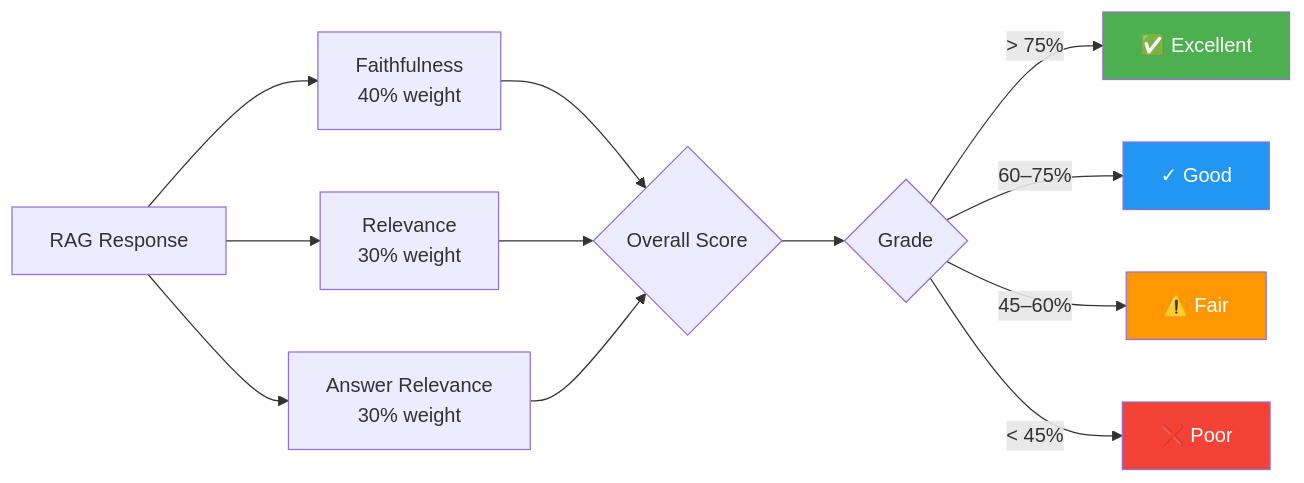
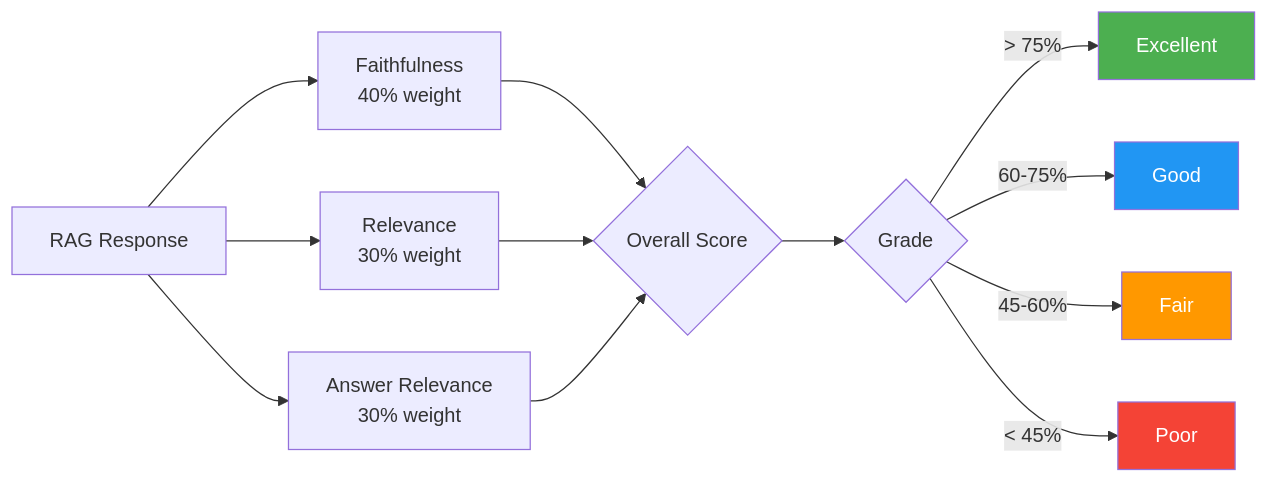
The third of 5 diagrams in README.md (drona23/llm-rag-chatbot), drawn with Mermaid before and after one commit. The commit also changed other lines of this file and 2 other files, not shown here.

````diff
--- a/README.md
+++ b/README.md
@@ -104,19 +103,19 @@
 ```mermaid
 flowchart LR
     A[RAG Response] --> B[Faithfulness\n40% weight]
     A --> C[Relevance\n30% weight]
     A --> D[Answer Relevance\n30% weight]
     B --> E{Overall Score}
     C --> E
     D --> E
     E --> F{Grade}
-    F -->|> 75%| G[✅ Excellent]
-    F -->|60–75%| H[✓ Good]
-    F -->|45–60%| I[⚠️ Fair]
-    F -->|< 45%| J[❌ Poor]
+    F -->|> 75%| G[Excellent]
+    F -->|60-75%| H[Good]
+    F -->|45-60%| I[Fair]
+    F -->|< 45%| J[Poor]
 
     style G fill:#4CAF50,color:#fff
     style H fill:#2196F3,color:#fff
     style I fill:#FF9800,color:#fff
     style J fill:#F44336,color:#fff
 ```
````
